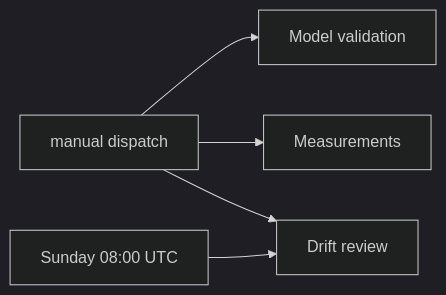
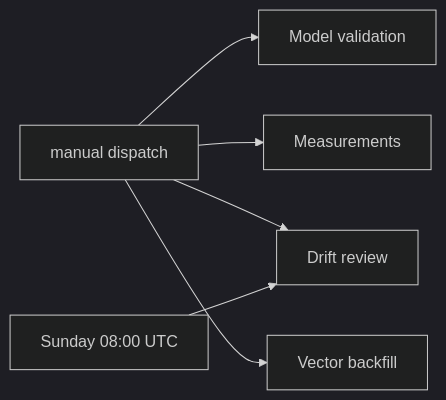
Before and after one commit to miztiik/yen-idhazh: the third of 3 diagrams in docs/reference/github-actions.md, drawn with Mermaid (dark theme). The commit also changed other lines of this file and 15 other files, not shown here.

````diff
--- a/docs/reference/github-actions.md
+++ b/docs/reference/github-actions.md
@@ -185,7 +188,8 @@
 ```mermaid
 flowchart LR
     PERSON["manual dispatch"] --> VALIDATE["Model validation"]
     PERSON --> MEASURE["Measurements"]
     PERSON --> DRIFT["Drift review"]
+    PERSON --> BACKFILL["Vector backfill"]
     WEEKLY["Sunday 08:00 UTC"] --> DRIFT
 ```
````
